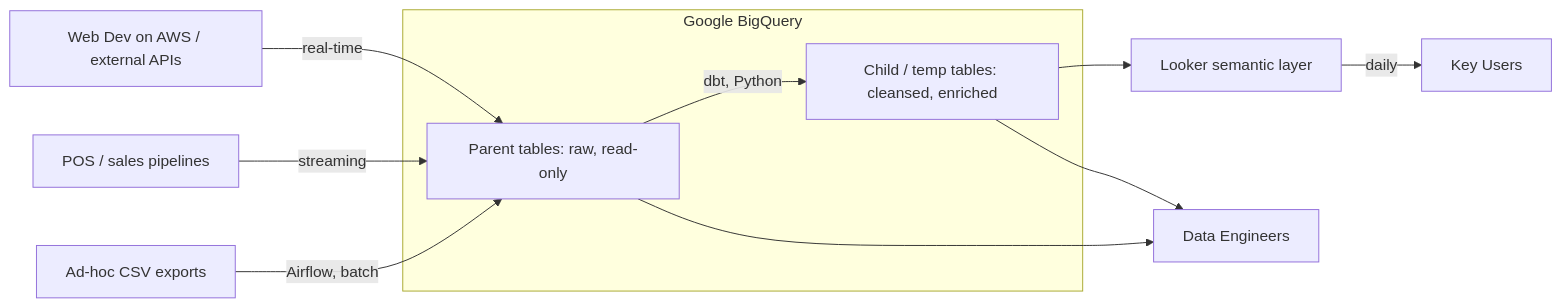
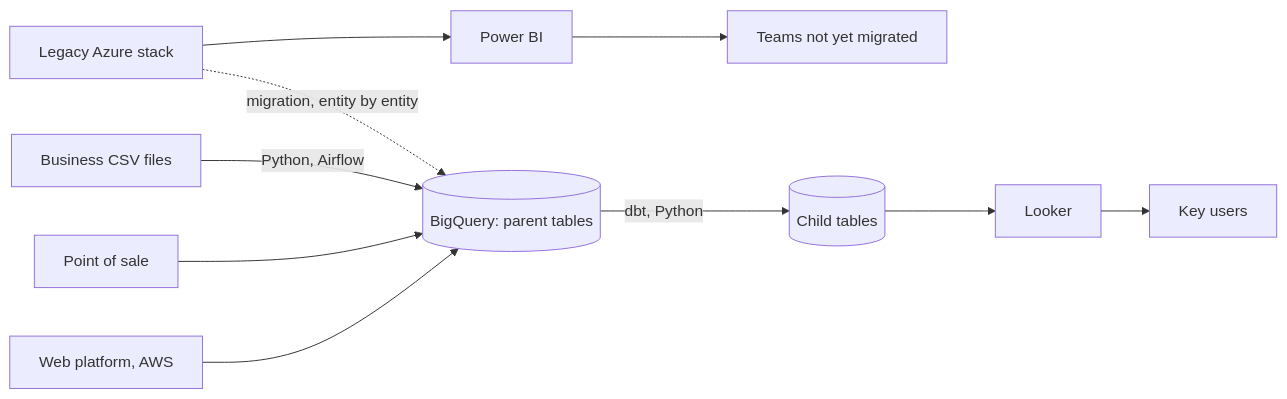
The diagram in hmwrk/sess1/ex2.md (Tomoroshimaru/Data_Engineering_ugo_feliz_nicolas_come_thomas), drawn with Mermaid before and after one commit. The commit also changed other lines of this file and 10 other files, not shown here.

````diff
--- a/hmwrk/sess1/ex2.md
+++ b/hmwrk/sess1/ex2.md
@@ -42,17 +40,10 @@
 ```mermaid
 flowchart LR
-    web[Web Dev on AWS / external APIs] -- real-time --> parent
-    pos[POS / sales pipelines] -- streaming --> parent
-    csv[Ad-hoc CSV exports] -- Airflow, batch --> parent
-
-    subgraph bq[Google BigQuery]
-        parent[Parent tables: raw, read-only]
-        child[Child / temp tables: cleansed, enriched]
-        parent -- dbt, Python --> child
-    end
-
-    child --> looker[Looker semantic layer]
-    looker -- daily --> users[Key Users]
-    parent --> de[Data Engineers]
-    child --> de
+  web[Web platform, AWS] --> bq[(BigQuery: parent tables)]
+  pos[Point of sale] --> bq
+  csv[Business CSV files] -- Python, Airflow --> bq
+  azure[Legacy Azure stack] -. migration, entity by entity .-> bq
+  azure --> pbi[Power BI] --> legacy[Teams not yet migrated]
+  bq -- dbt, Python --> child[(Child tables)]
+  child --> looker[Looker] --> users[Key users]
 ```
````
